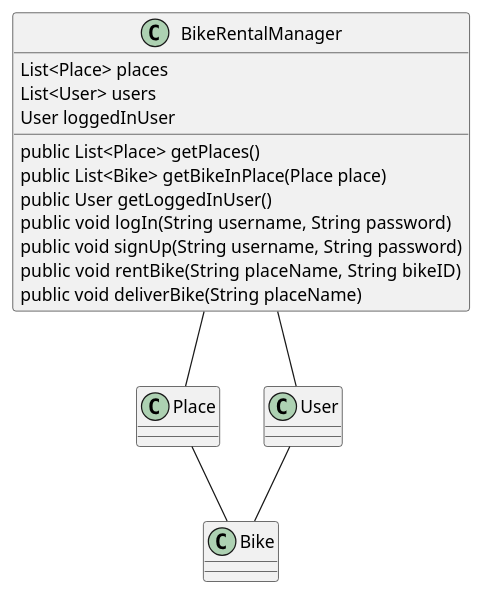
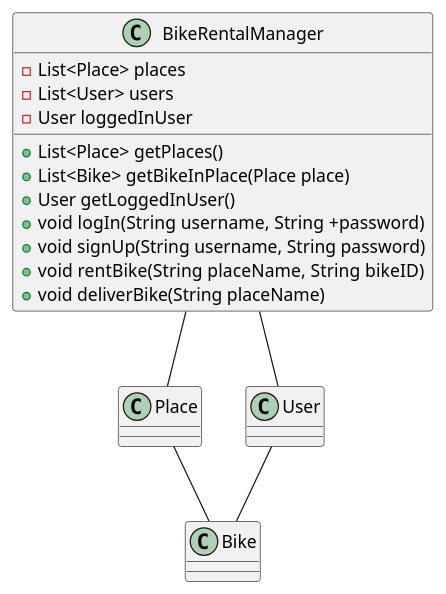
The diagram in docs/release1/release1Dokumentasjon.md (jonhallem/gr2247), drawn with PlantUML before and after one commit.

Commit message:
Oppdatere BikeRentalManager i klassediagrammet
Oppdatere BikeRentalManager med synlighetsmodifikatorer i klassediagram

#12

````diff
--- a/docs/release1/release1Dokumentasjon.md
+++ b/docs/release1/release1Dokumentasjon.md
@@ -2,21 +2,21 @@
 ```plantuml
 @startuml
 BikeRentalManager -- Place
 BikeRentalManager -- User
 Place -- Bike
 User -- Bike
 
 Class BikeRentalManager {
-    List<Place> places
-    List<User> users
-    User loggedInUser
-    public List<Place> getPlaces()
-    public List<Bike> getBikeInPlace(Place place)
-    public User getLoggedInUser()
-    public void logIn(String username, String  password)
-    public void signUp(String username, String password)
-    public void rentBike(String placeName, String  bikeID)
-    public void deliverBike(String placeName)
+    -List<Place> places
+    -List<User> users
+    -User loggedInUser
+    +List<Place> getPlaces()
+    +List<Bike> getBikeInPlace(Place place)
+    +User getLoggedInUser()
+    +void logIn(String username, String  +password)
+    +void signUp(String username, String password)
+    +void rentBike(String placeName, String  bikeID)
+    +void deliverBike(String placeName)
 }
 @enduml
 ```
````
